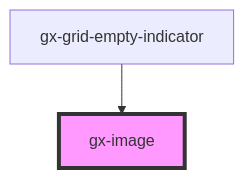
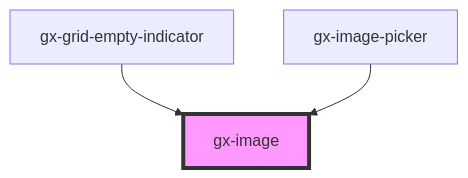
The diagram in src/components/image/readme.md (genexuslabs/web-controls-library), drawn with Mermaid before and after one commit. The commit also changed other lines of this file and 6 other files, not shown here.

````diff
--- a/src/components/image/readme.md
+++ b/src/components/image/readme.md
@@ -33,5 +34,6 @@
 ```mermaid
 graph TD;
   gx-grid-empty-indicator --> gx-image
+  gx-image-picker --> gx-image
   style gx-image fill:#f9f,stroke:#333,stroke-width:4px
 ```
````
